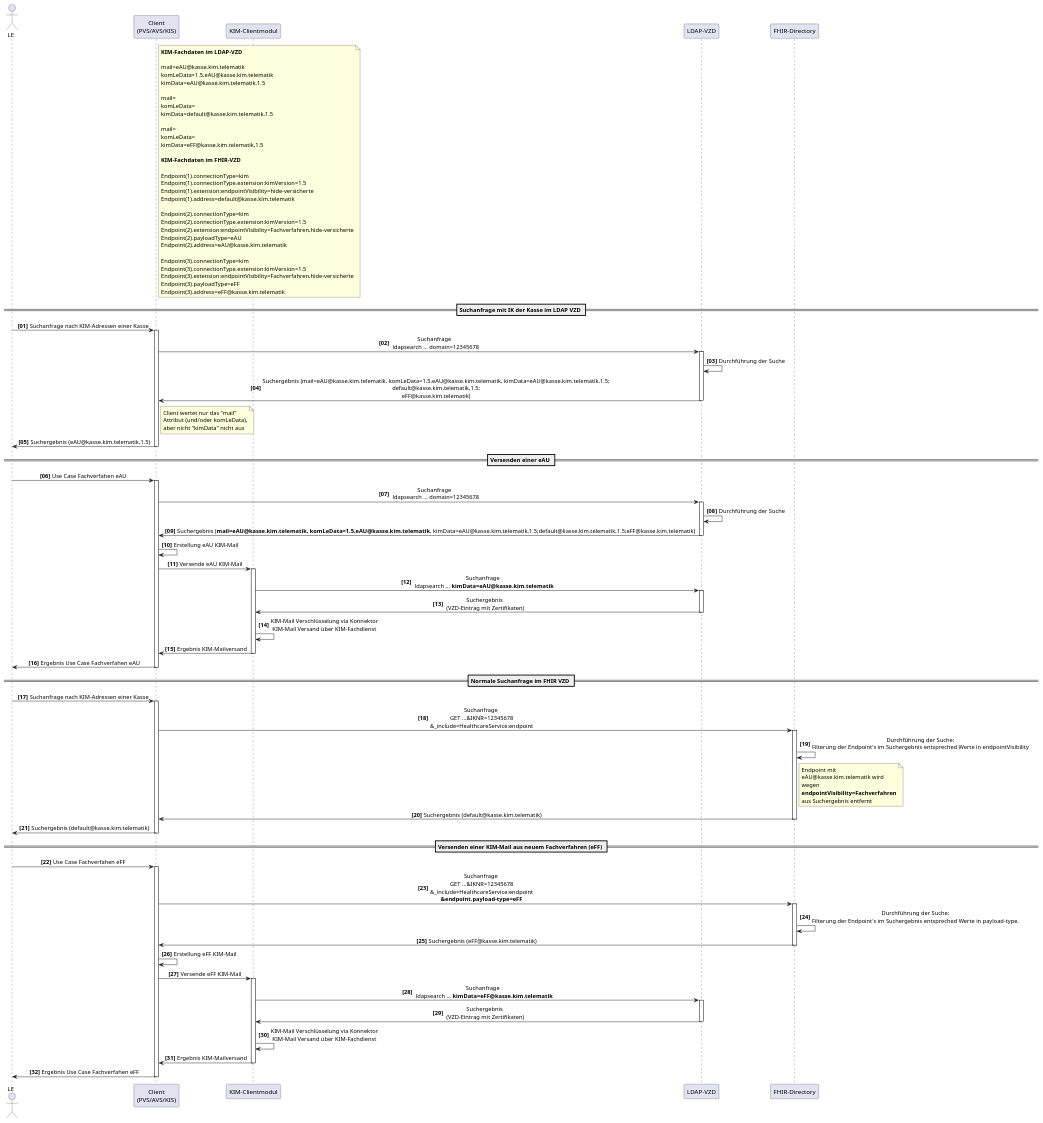
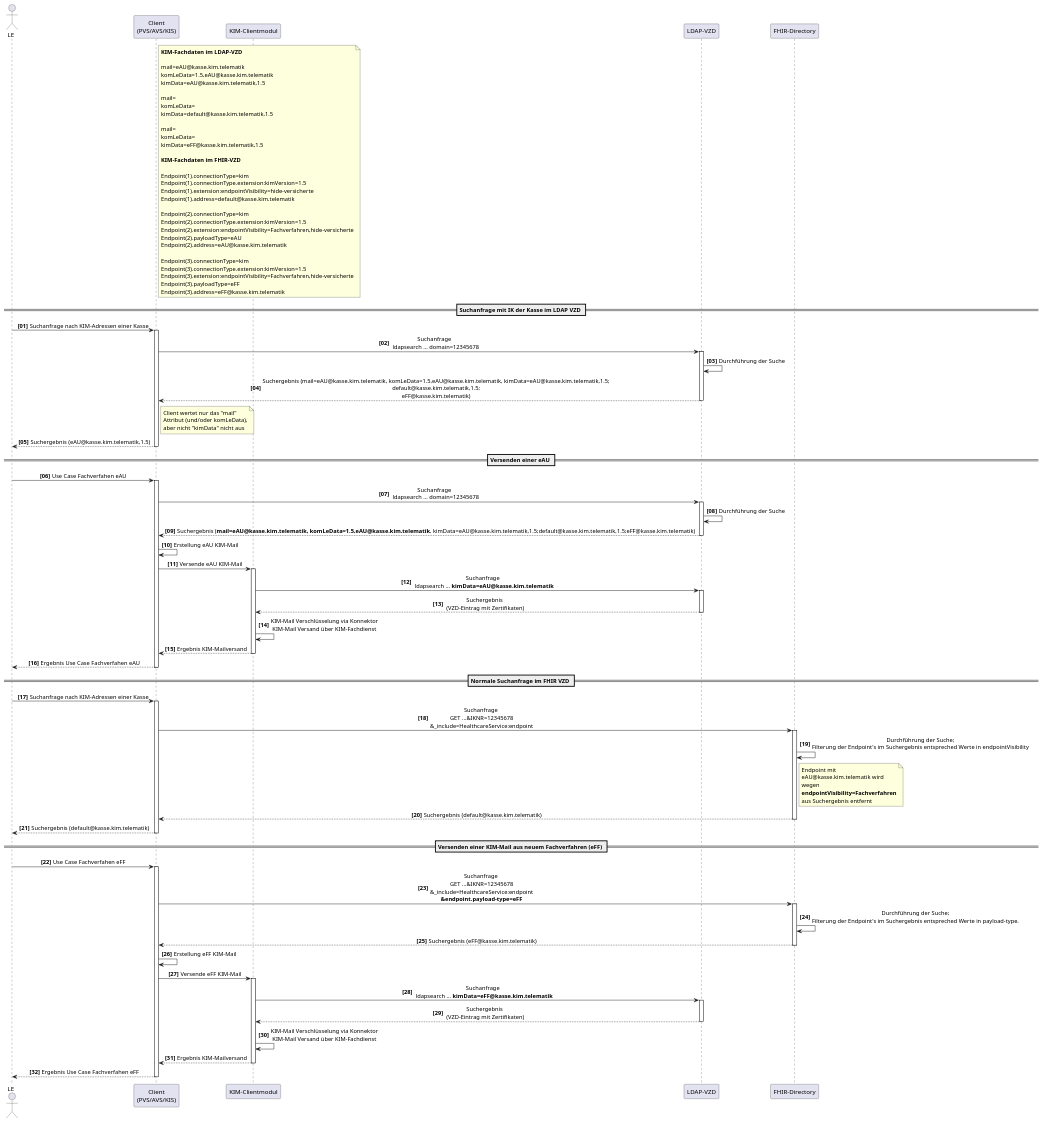
The diagram in src/plantuml/SequenceDiagram.FHIR_AF_10472_Kassen.puml (gematik/api-vzd), drawn with PlantUML before and after one commit.

```diff
--- a/src/plantuml/SequenceDiagram.FHIR_AF_10472_Kassen.puml
+++ b/src/plantuml/SequenceDiagram.FHIR_AF_10472_Kassen.puml
@@ -1,124 +1,124 @@
 @startuml
 skinparam dpi 100
 skinparam WrapWidth 200
 skinparam sequenceMessageAlign center
 autonumber "<b>[00]"
 
 'title "FHIR-Directory, Sequenzdiagram SSP Authenticate mit Passwort"
 actor o as "LE"
 participant cl as "Client\n(PVS/AVS/KIS)"
 participant kimCl as "KIM-Clientmodul"
 participant ldap as "LDAP-VZD"
 participant fhir as "FHIR-Directory"
 
 note right of cl
 **KIM-Fachdaten im LDAP-VZD**
 
 mail=eAU@kasse.kim.telematik
 komLeData=1.5,eAU@kasse.kim.telematik
 kimData=eAU@kasse.kim.telematik,1.5
 
 mail=
 komLeData=
 kimData=default@kasse.kim.telematik,1.5
 
 mail=
 komLeData=
 kimData=eFF@kasse.kim.telematik,1.5
 
 **KIM-Fachdaten im FHIR-VZD**
 
 Endpoint(1).connectionType=kim
 Endpoint(1).connectionType.extension:kimVersion=1.5
 Endpoint(1).extension:endpointVisibility=hide-versicherte
 Endpoint(1).address=default@kasse.kim.telematik
 
 Endpoint(2).connectionType=kim
 Endpoint(2).connectionType.extension:kimVersion=1.5
 Endpoint(2).extension:endpointVisibility=Fachverfahren,hide-versicherte
 Endpoint(2).payloadType=eAU
 Endpoint(2).address=eAU@kasse.kim.telematik
 
 Endpoint(3).connectionType=kim
 Endpoint(3).connectionType.extension:kimVersion=1.5
 Endpoint(3).extension:endpointVisibility=Fachverfahren,hide-versicherte
 Endpoint(3).payloadType=eFF
 Endpoint(3).address=eFF@kasse.kim.telematik
 end note
 
 == Suchanfrage mit IK der Kasse im LDAP VZD ==
 
 o -> cl: Suchanfrage nach KIM-Adressen einer Kasse 
 activate cl
 cl -> ldap: Suchanfrage \n ldapsearch ... domain=12345678
 activate ldap
 ldap -> ldap: Durchführung der Suche
-ldap -> cl: Suchergebnis (mail=eAU@kasse.kim.telematik, komLeData=1.5,eAU@kasse.kim.telematik, kimData=eAU@kasse.kim.telematik,1.5;\ndefault@kasse.kim.telematik,1.5;\neFF@kasse.kim.telematik)
+ldap --> cl: Suchergebnis (mail=eAU@kasse.kim.telematik, komLeData=1.5,eAU@kasse.kim.telematik, kimData=eAU@kasse.kim.telematik,1.5;\ndefault@kasse.kim.telematik,1.5;\neFF@kasse.kim.telematik)
 deactivate ldap
 note right of cl
 Client wertet nur das "mail" Attribut (und/oder komLeData), aber nicht "kimData" nicht aus
 end note
-cl -> o: Suchergebnis (eAU@kasse.kim.telematik,1.5)
+cl --> o: Suchergebnis (eAU@kasse.kim.telematik,1.5)
 deactivate cl
 
 == Versenden einer eAU ==
 
 o -> cl: Use Case Fachverfahen eAU
 activate cl
 cl -> ldap: Suchanfrage \n ldapsearch ... domain=12345678
 activate ldap
 ldap -> ldap: Durchführung der Suche
-ldap -> cl: Suchergebnis (**mail=eAU@kasse.kim.telematik, komLeData=1.5,eAU@kasse.kim.telematik**, kimData=eAU@kasse.kim.telematik,1.5;default@kasse.kim.telematik,1.5;eFF@kasse.kim.telematik)
+ldap --> cl: Suchergebnis (**mail=eAU@kasse.kim.telematik, komLeData=1.5,eAU@kasse.kim.telematik**, kimData=eAU@kasse.kim.telematik,1.5;default@kasse.kim.telematik,1.5;eFF@kasse.kim.telematik)
 deactivate ldap
 cl -> cl: Erstellung eAU KIM-Mail
 cl -> kimCl: Versende eAU KIM-Mail
 activate kimCl
 kimCl -> ldap: Suchanfrage \n ldapsearch ... **kimData=eAU@kasse.kim.telematik**
 activate ldap
-ldap -> kimCl: Suchergebnis\n (VZD-Eintrag mit Zertifikaten)
+ldap --> kimCl: Suchergebnis\n (VZD-Eintrag mit Zertifikaten)
 deactivate ldap
 kimCl -> kimCl: KIM-Mail Verschlüsselung via Konnektor\nKIM-Mail Versand über KIM-Fachdienst
-kimCl -> cl: Ergebnis KIM-Mailversand
+kimCl --> cl: Ergebnis KIM-Mailversand
 deactivate kimCl
-cl -> o: Ergebnis Use Case Fachverfahen eAU
+cl --> o: Ergebnis Use Case Fachverfahen eAU
 deactivate cl
 
 == Normale Suchanfrage im FHIR VZD ==
 
 o -> cl: Suchanfrage nach KIM-Adressen einer Kasse 
 activate cl
 cl -> fhir: Suchanfrage \nGET ...&IKNR=12345678\n&_include=HealthcareService:endpoint
 activate fhir
 fhir -> fhir: Durchführung der Suche;\nFilterung der Endpoint's im Suchergebnis entspreched Werte in endpointVisibility
 note right of fhir
 Endpoint mit eAU@kasse.kim.telematik wird wegen **endpointVisibility=Fachverfahren** aus Suchergebnis entfernt
 end note
-fhir -> cl: Suchergebnis (default@kasse.kim.telematik)
+fhir --> cl: Suchergebnis (default@kasse.kim.telematik)
 deactivate fhir
-cl -> o: Suchergebnis (default@kasse.kim.telematik)
+cl --> o: Suchergebnis (default@kasse.kim.telematik)
 deactivate cl
 
 
 == Versenden einer KIM-Mail aus neuem Fachverfahren (eFF) ==
 
 o -> cl: Use Case Fachverfahen eFF
 activate cl
 cl -> fhir: Suchanfrage \nGET ...&IKNR=12345678\n&_include=HealthcareService:endpoint\n**&endpoint.payload-type=eFF**
 activate fhir
 fhir -> fhir: Durchführung der Suche;\nFilterung der Endpoint's im Suchergebnis entspreched Werte in payload-type. 
-fhir -> cl: Suchergebnis (eFF@kasse.kim.telematik)
+fhir --> cl: Suchergebnis (eFF@kasse.kim.telematik)
 deactivate fhir
 cl -> cl: Erstellung eFF KIM-Mail
 cl -> kimCl: Versende eFF KIM-Mail
 activate kimCl
 kimCl -> ldap: Suchanfrage \n ldapsearch ... **kimData=eFF@kasse.kim.telematik**
 activate ldap
-ldap -> kimCl: Suchergebnis\n (VZD-Eintrag mit Zertifikaten)
+ldap --> kimCl: Suchergebnis\n (VZD-Eintrag mit Zertifikaten)
 deactivate ldap
 kimCl -> kimCl: KIM-Mail Verschlüsselung via Konnektor\nKIM-Mail Versand über KIM-Fachdienst
-kimCl -> cl: Ergebnis KIM-Mailversand
+kimCl --> cl: Ergebnis KIM-Mailversand
 deactivate kimCl
-cl -> o: Ergebnis Use Case Fachverfahen eFF
+cl --> o: Ergebnis Use Case Fachverfahen eFF
 deactivate cl
 
 @enduml
```
